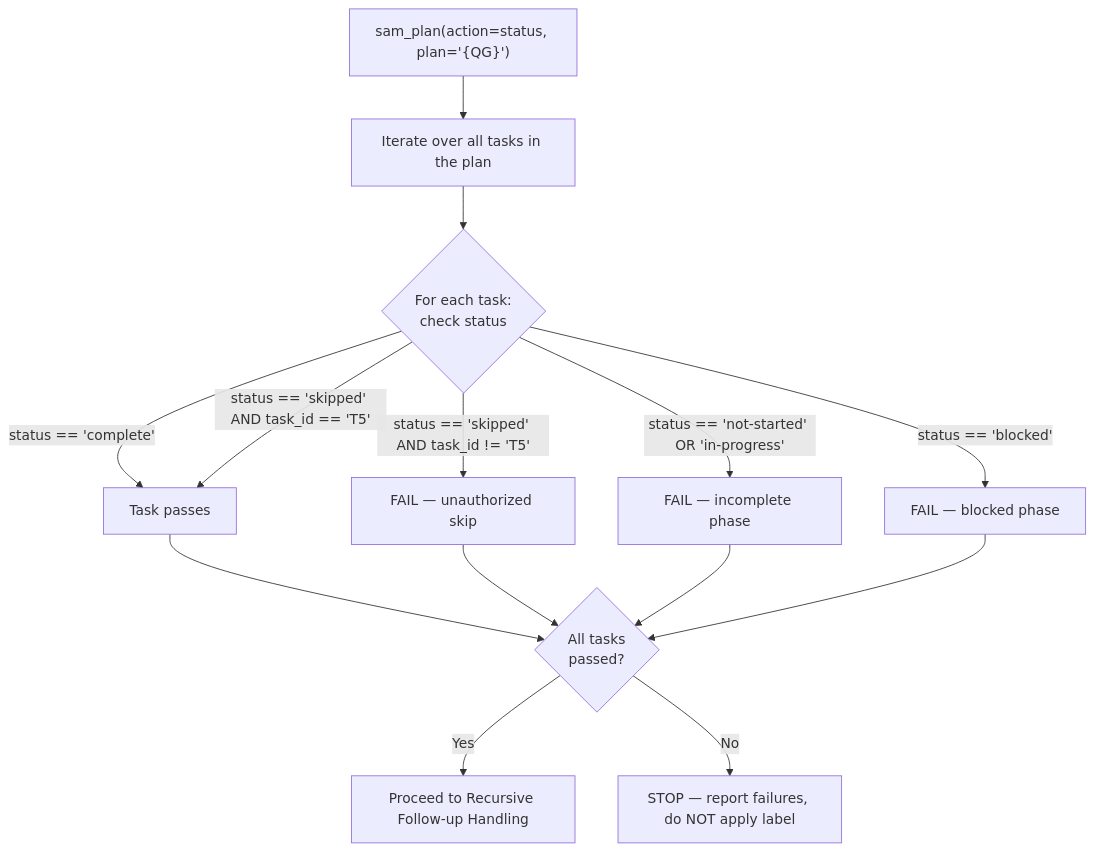
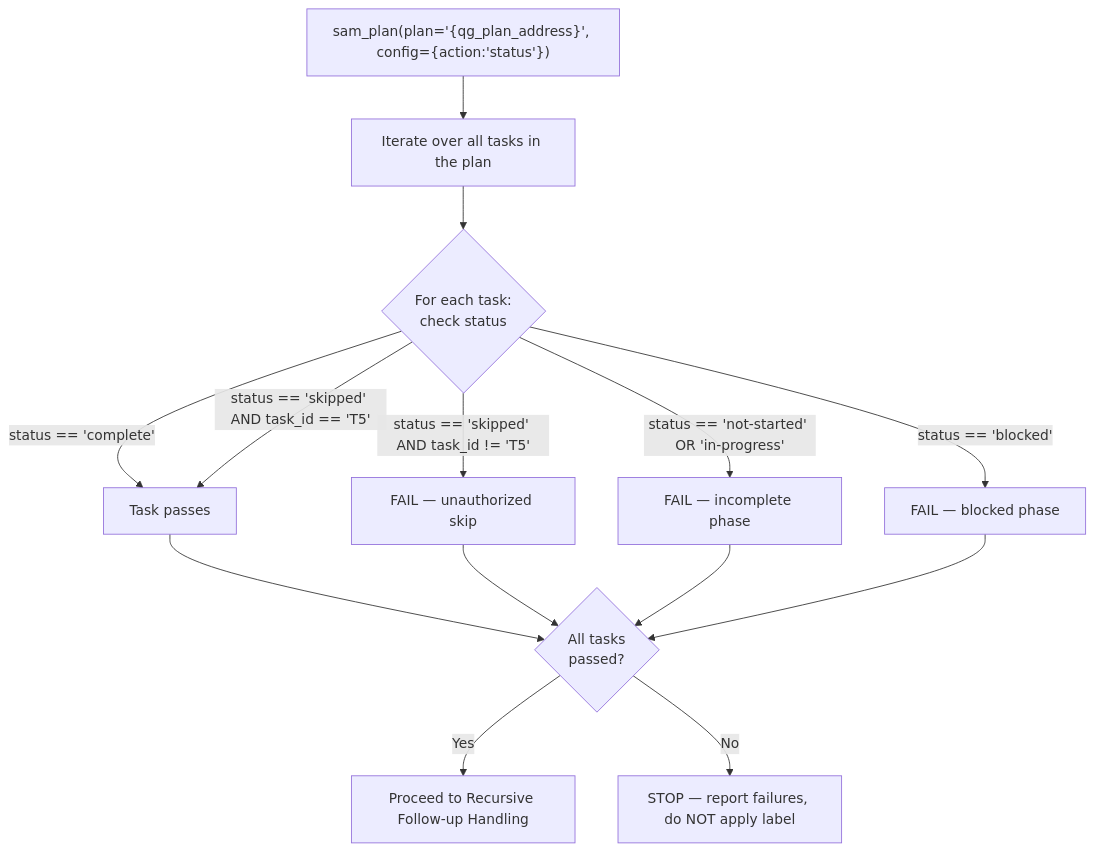
One commit to Jamie-BitFlight/claude_skills changed the eighth of 8 diagrams in plugins/development-harness/skills/complete-implementation/SKILL.md. Above: the diagram before and after it, drawn with Mermaid. The commit also changed other lines of this file and 41 other files, not shown here.

````diff
--- a/plugins/development-harness/skills/complete-implementation/SKILL.md
+++ b/plugins/development-harness/skills/complete-implementation/SKILL.md
@@ -539,16 +549,16 @@
 ```mermaid
 flowchart TD
-    Status["sam_plan(action=status, plan='{QG}')"] --> Iter["Iterate over all tasks in the plan"]
+    Status["sam_plan(plan='{qg_plan_address}', config={action:'status'})"] --> Iter["Iterate over all tasks in the plan"]
     Iter --> Check{For each task:<br>check status}
     Check -->|"status == 'complete'"| PassTask["Task passes"]
     Check -->|"status == 'skipped' AND task_id == 'T5'"| PassTask
     Check -->|"status == 'skipped' AND task_id != 'T5'"| FailUnauth["FAIL — unauthorized skip"]
     Check -->|"status == 'not-started' OR 'in-progress'"| FailIncomplete["FAIL — incomplete phase"]
     Check -->|"status == 'blocked'"| FailBlocked["FAIL — blocked phase"]
     PassTask --> AllPassed{All tasks<br>passed?}
     AllPassed -->|Yes| Proceed["Proceed to Recursive Follow-up Handling"]
     AllPassed -->|No| Stop["STOP — report failures, do NOT apply label"]
     FailUnauth --> AllPassed
     FailIncomplete --> AllPassed
     FailBlocked --> AllPassed
 ```
````
